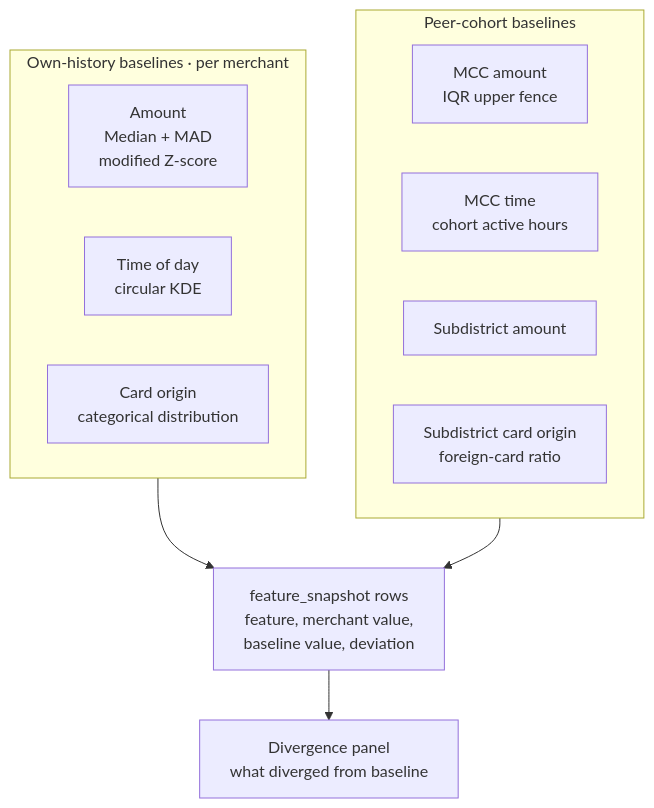
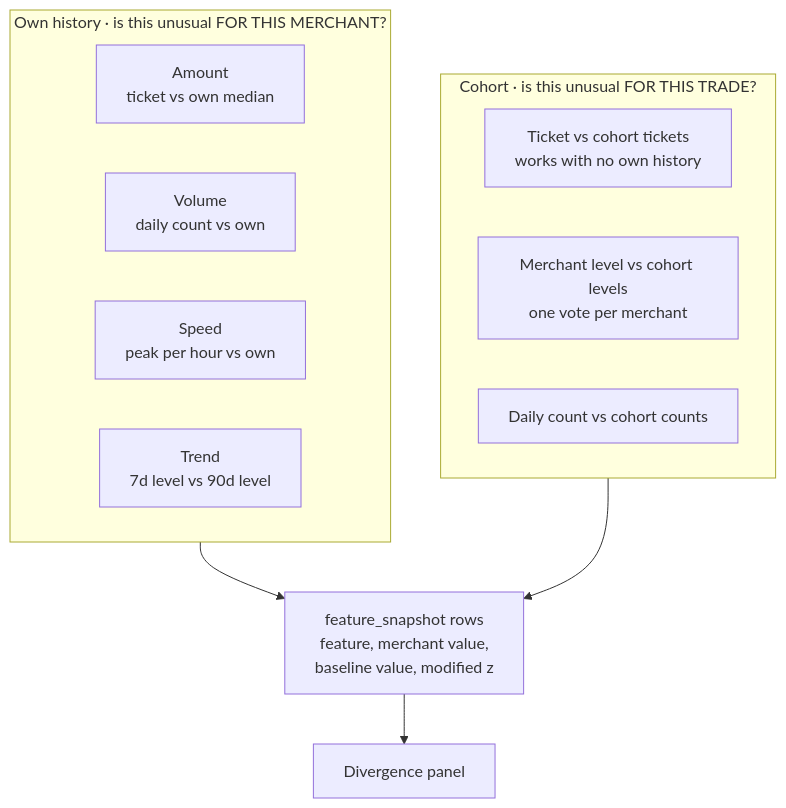
Before and after one commit to yr08ii/compliance-pipeline: the third of 11 diagrams in docs/Detection_Flow_Diagrams.md, drawn with Mermaid. The commit also changed other lines of this file, not shown here.

First line of the commit message:
Redraw Family A: three quantities, two peer frames, four defences

````diff
--- a/docs/Detection_Flow_Diagrams.md
+++ b/docs/Detection_Flow_Diagrams.md
@@ -80,19 +80,19 @@
 ```mermaid
 flowchart TD
-    subgraph OWN["Own-history baselines · per merchant"]
-        A1["Amount<br/>Median + MAD<br/>modified Z-score"]
-        A2["Time of day<br/>circular KDE"]
-        A3["Card origin<br/>categorical distribution"]
+    subgraph OWN["Own history · is this unusual FOR THIS MERCHANT?"]
+        A1["Amount<br/>ticket vs own median"]
+        A2["Volume<br/>daily count vs own"]
+        A3["Speed<br/>peak per hour vs own"]
+        A4["Trend<br/>7d level vs 90d level"]
     end
 
-    subgraph PEER["Peer-cohort baselines"]
-        P1["MCC amount<br/>IQR upper fence"]
-        P2["MCC time<br/>cohort active hours"]
-        P3["Subdistrict amount"]
-        P4["Subdistrict card origin<br/>foreign-card ratio"]
+    subgraph PEER["Cohort · is this unusual FOR THIS TRADE?"]
+        P1["Ticket vs cohort tickets<br/>works with no own history"]
+        P2["Merchant level vs cohort levels<br/>one vote per merchant"]
+        P3["Daily count vs cohort counts"]
     end
 
-    OWN --> SNAP["feature_snapshot rows<br/>feature, merchant value,<br/>baseline value, deviation"]
+    OWN --> SNAP["feature_snapshot rows<br/>feature, merchant value,<br/>baseline value, modified z"]
     PEER --> SNAP
-    SNAP --> PANEL["Divergence panel<br/>what diverged from baseline"]
+    SNAP --> PANEL["Divergence panel"]
 ```
````
